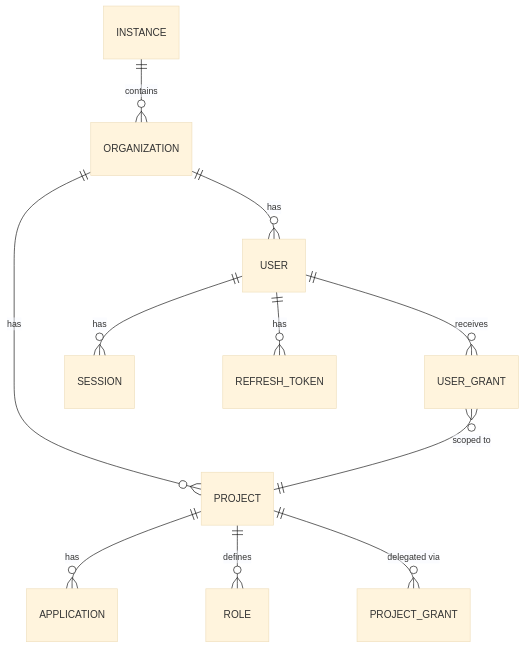
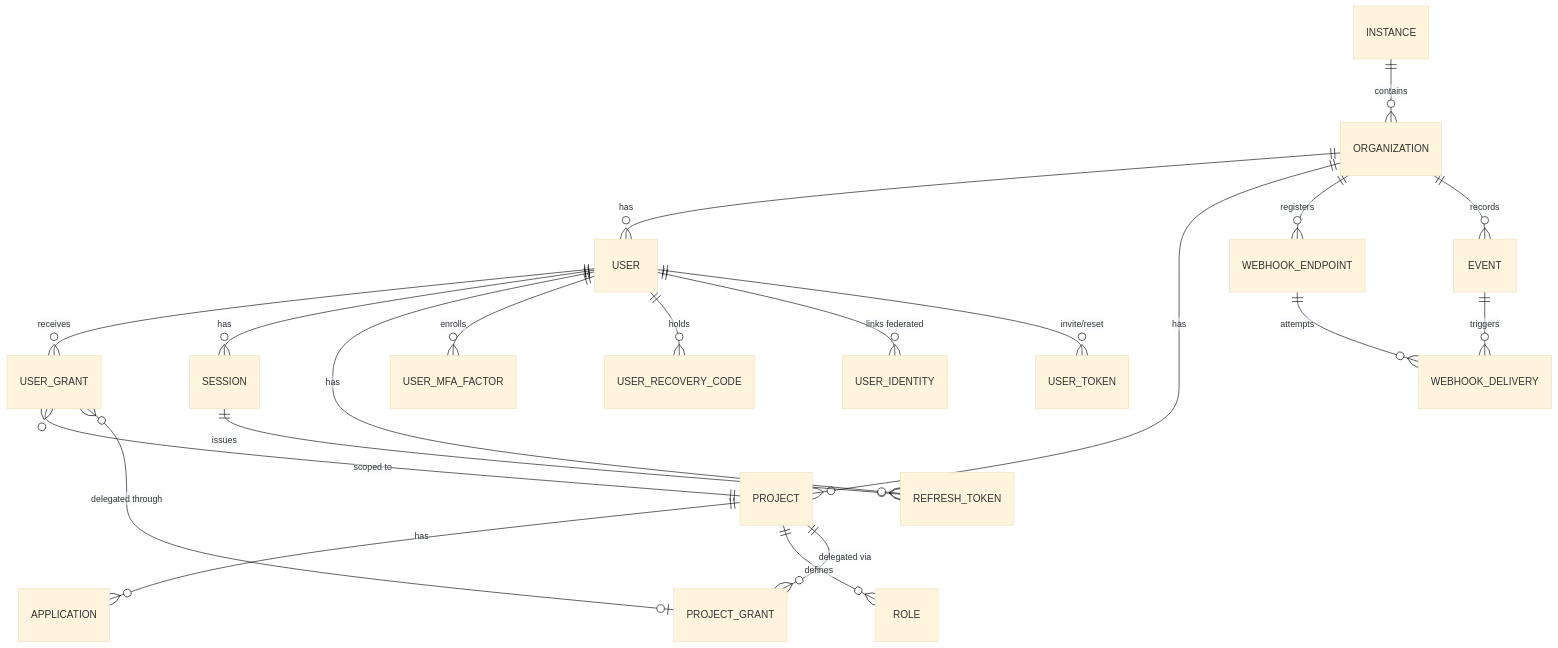
Before and after one commit to zed378/zed-auth: the diagram in PLAN/04-DATA-MODEL.md, drawn with Mermaid (base theme). The commit also changed other lines of this file and 20 other files, not shown here.

First line of the commit message:
chore(plan): expand project roadmap and execution framework

````diff
--- a/PLAN/04-DATA-MODEL.md
+++ b/PLAN/04-DATA-MODEL.md
@@ -144,13 +271,23 @@
 ```mermaid
 erDiagram
     INSTANCE ||--o{ ORGANIZATION : contains
     ORGANIZATION ||--o{ USER : has
     ORGANIZATION ||--o{ PROJECT : has
     PROJECT ||--o{ APPLICATION : has
     PROJECT ||--o{ ROLE : defines
     PROJECT ||--o{ PROJECT_GRANT : "delegated via"
     USER ||--o{ USER_GRANT : receives
     USER_GRANT }o--|| PROJECT : "scoped to"
+    USER_GRANT }o--o| PROJECT_GRANT : "delegated through"
     USER ||--o{ SESSION : has
+    SESSION ||--o{ REFRESH_TOKEN : issues
     USER ||--o{ REFRESH_TOKEN : has
+    USER ||--o{ USER_MFA_FACTOR : enrolls
+    USER ||--o{ USER_RECOVERY_CODE : holds
+    USER ||--o{ USER_IDENTITY : "links federated"
+    USER ||--o{ USER_TOKEN : "invite/reset"
+    ORGANIZATION ||--o{ WEBHOOK_ENDPOINT : registers
+    ORGANIZATION ||--o{ EVENT : records
+    WEBHOOK_ENDPOINT ||--o{ WEBHOOK_DELIVERY : attempts
+    EVENT ||--o{ WEBHOOK_DELIVERY : triggers
 ```
````
